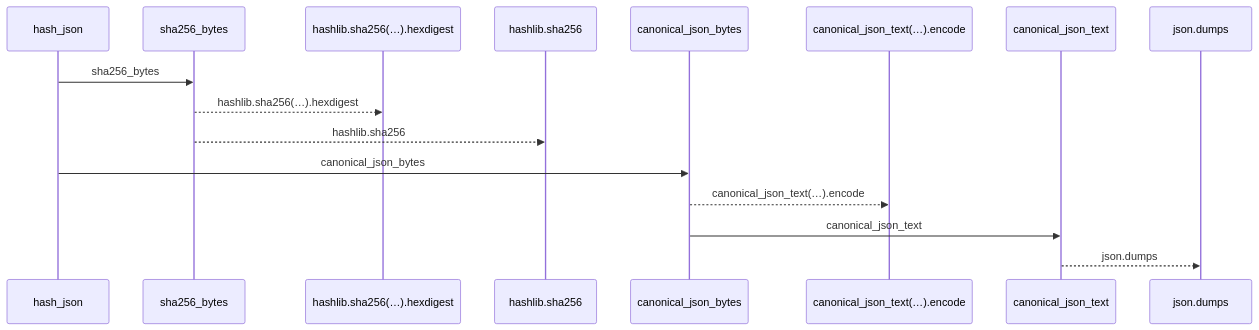
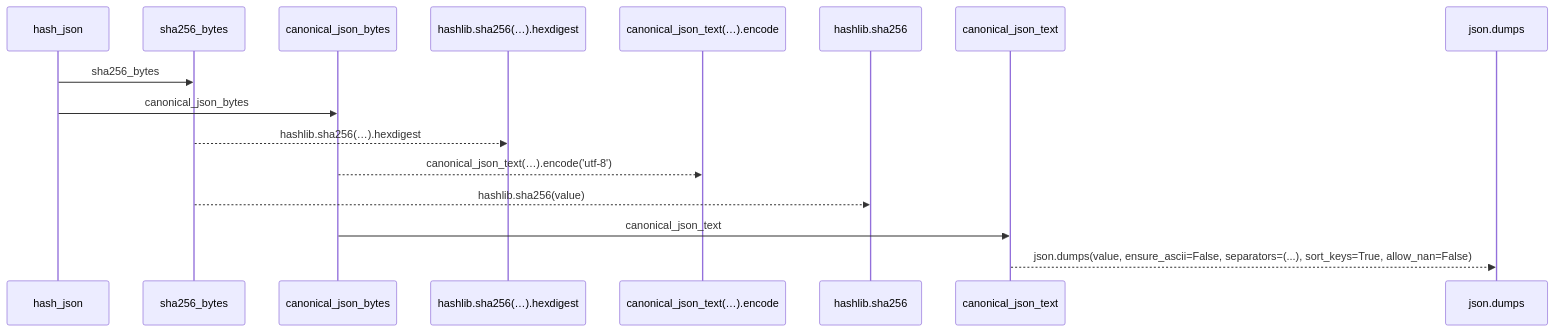
One commit to Denissvgn/python-wiki-llm changed the first of 2 diagrams in docs/llm_wiki/flows/api-hash_json.md. Above: the diagram before and after it, drawn with Mermaid. The commit also changed other lines of this file and 1410 other files, not shown here.

````diff
--- a/docs/llm_wiki/flows/api-hash_json.md
+++ b/docs/llm_wiki/flows/api-hash_json.md
@@ -10,18 +12,18 @@
 ```mermaid
 sequenceDiagram
     participant p0 as hash_json
     participant p1 as sha256_bytes
-    participant p2 as hashlib.sha256(…).hexdigest
-    participant p3 as hashlib.sha256
-    participant p4 as canonical_json_bytes
-    participant p5 as canonical_json_text(…).encode
+    participant p2 as canonical_json_bytes
+    participant p3 as hashlib.sha256(…).hexdigest
+    participant p4 as canonical_json_text(…).encode
+    participant p5 as hashlib.sha256
     participant p6 as canonical_json_text
     participant p7 as json.dumps
     p0->>p1: sha256_bytes
-    p1-->>p2: hashlib.sha256(…).hexdigest
-    p1-->>p3: hashlib.sha256
-    p0->>p4: canonical_json_bytes
-    p4-->>p5: canonical_json_text(…).encode
-    p4->>p6: canonical_json_text
-    p6-->>p7: json.dumps
+    p0->>p2: canonical_json_bytes
+    p1-->>p3: hashlib.sha256(…).hexdigest
+    p2-->>p4: canonical_json_text(…).encode('utf-8')
+    p1-->>p5: hashlib.sha256(value)
+    p2->>p6: canonical_json_text
+    p6-->>p7: json.dumps(value, ensure_ascii=False, separators=(...), sort_keys=True, allow_nan=False)
 ```
````
